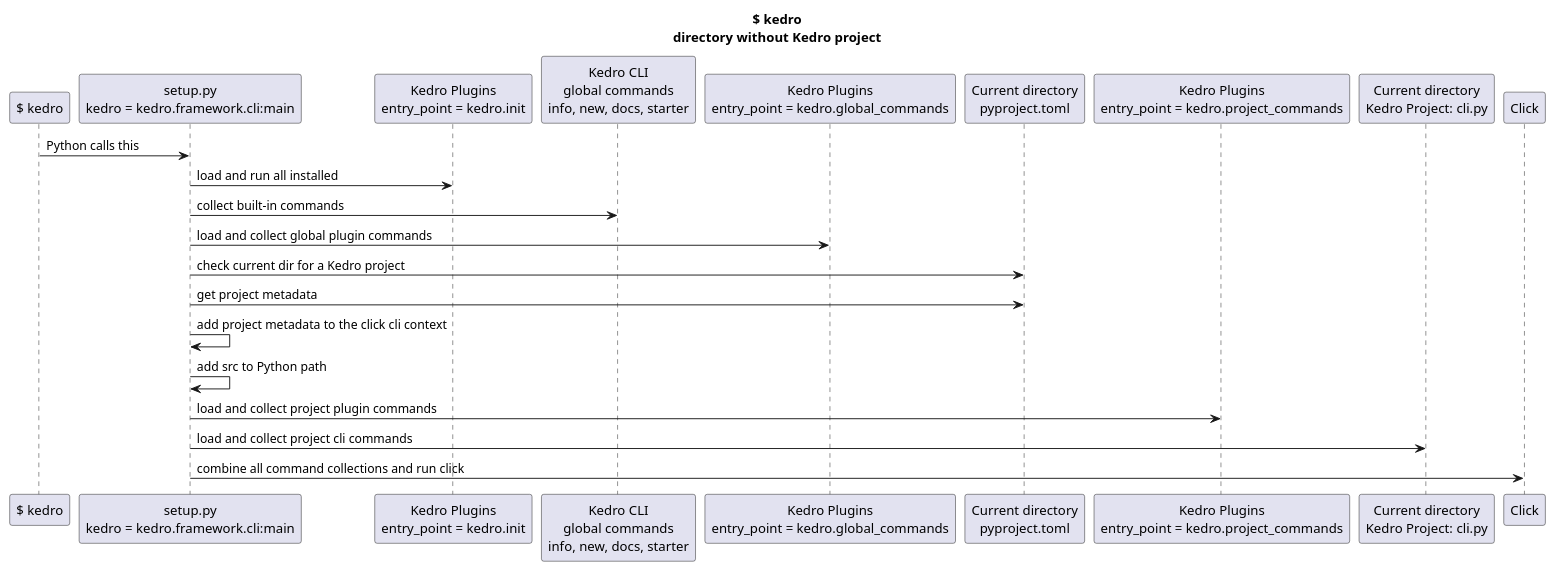
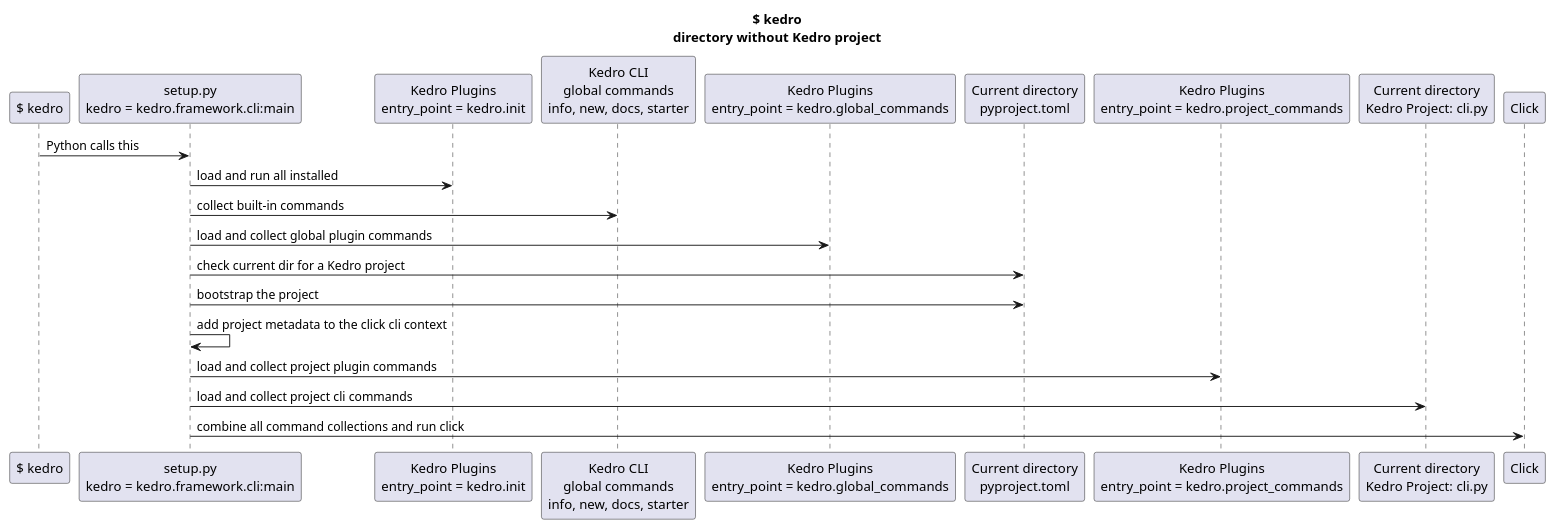
Before and after one commit to kedro-org/kedro: the diagram in docs/draft/kedro-with-project.puml, drawn with PlantUML. The commit also changed 18 other files, not shown here.

```diff
--- a/docs/draft/kedro-with-project.puml
+++ b/docs/draft/kedro-with-project.puml
@@ -1,26 +1,25 @@
 @startuml
 title "$ kedro\ndirectory without Kedro project"
 
 participant "$ kedro" as kedro
 participant "setup.py\nkedro = kedro.framework.cli:main" as entrypoint
 participant "Kedro Plugins\nentry_point = kedro.init" as init_plugins
 participant "Kedro CLI\nglobal commands\ninfo, new, docs, starter" as kedro_cli
 participant "Kedro Plugins\nentry_point = kedro.global_commands" as global_plugins
 participant "Current directory\npyproject.toml" as pyproject.toml
 participant "Kedro Plugins\nentry_point = kedro.project_commands" as project_plugins
 participant "Current directory\nKedro Project: cli.py" as kedro_project
 participant "Click" as click
 
 
 kedro->entrypoint: Python calls this
 entrypoint->init_plugins: load and run all installed
 entrypoint->kedro_cli: collect built-in commands
 entrypoint->global_plugins: load and collect global plugin commands
 entrypoint->pyproject.toml: check current dir for a Kedro project
-entrypoint->pyproject.toml: get project metadata
+entrypoint->pyproject.toml: bootstrap the project
 entrypoint->entrypoint: add project metadata to the click cli context
-entrypoint->entrypoint: add src to Python path
 entrypoint->project_plugins: load and collect project plugin commands
 entrypoint->kedro_project: load and collect project cli commands
 entrypoint->click: combine all command collections and run click
 @enduml
```
